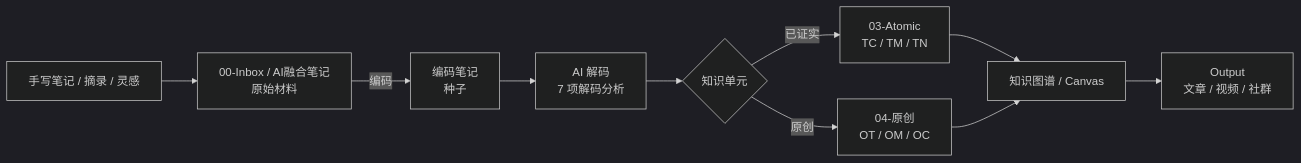
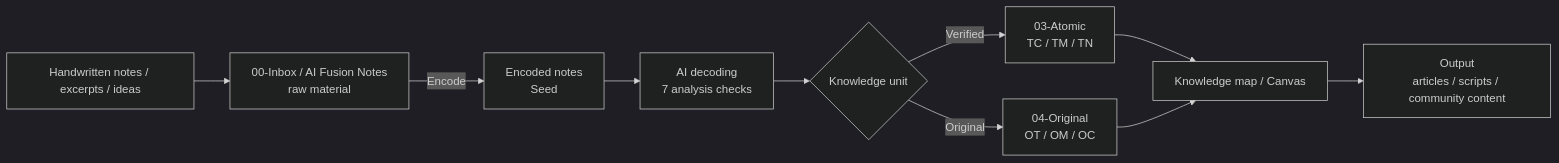
The diagram in README.md (vincci-wenxi/vincci-knowledge-network), drawn with Mermaid (dark theme) before and after one commit. The commit also changed other lines of this file, not shown here.

````diff
--- a/README.md
+++ b/README.md
@@ -22,12 +24,12 @@
 ```mermaid
 flowchart LR
-    raw["手写笔记 / 摘录 / 灵感"] --> inbox["00-Inbox / AI融合笔记<br/>原始材料"]
-    inbox -->|"编码"| encoded["编码笔记<br/>种子"]
-    encoded --> decoded["AI 解码<br/>7 项解码分析"]
-    decoded --> unit{知识单元}
-    unit -->|已证实| atomic["03-Atomic<br/>TC / TM / TN"]
-    unit -->|原创| original["04-原创<br/>OT / OM / OC"]
-    atomic --> map["知识图谱 / Canvas"]
+    raw["Handwritten notes / excerpts / ideas"] --> inbox["00-Inbox / AI Fusion Notes<br/>raw material"]
+    inbox -->|"Encode"| encoded["Encoded notes<br/>Seed"]
+    encoded --> decoded["AI decoding<br/>7 analysis checks"]
+    decoded --> unit{Knowledge unit}
+    unit -->|Verified| atomic["03-Atomic<br/>TC / TM / TN"]
+    unit -->|Original| original["04-Original<br/>OT / OM / OC"]
+    atomic --> map["Knowledge map / Canvas"]
     original --> map
-    map --> output["Output<br/>文章 / 视频 / 社群"]
+    map --> output["Output<br/>articles / scripts / community content"]
 ```
````
